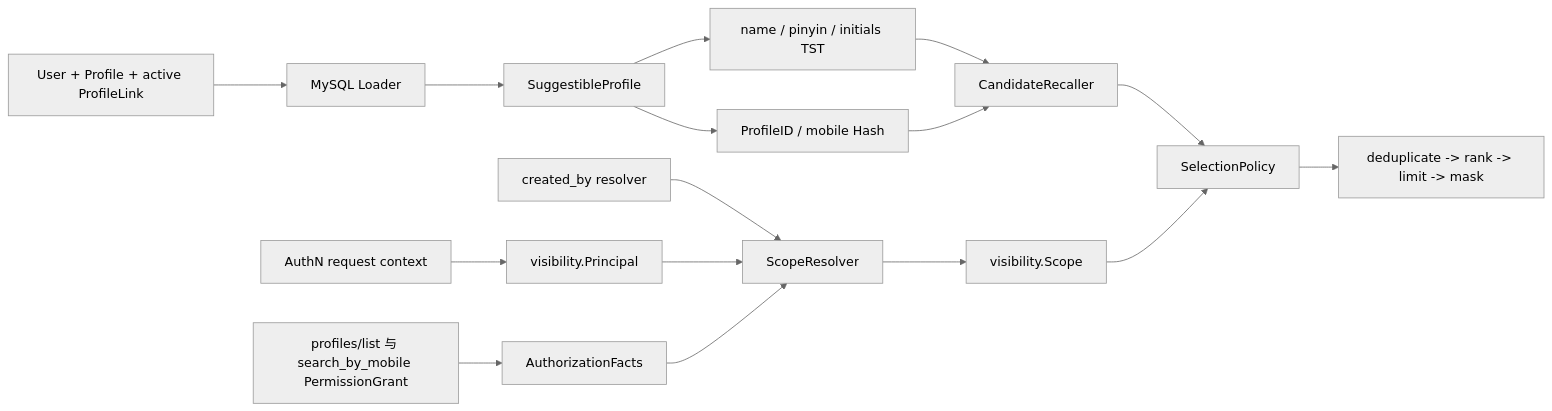
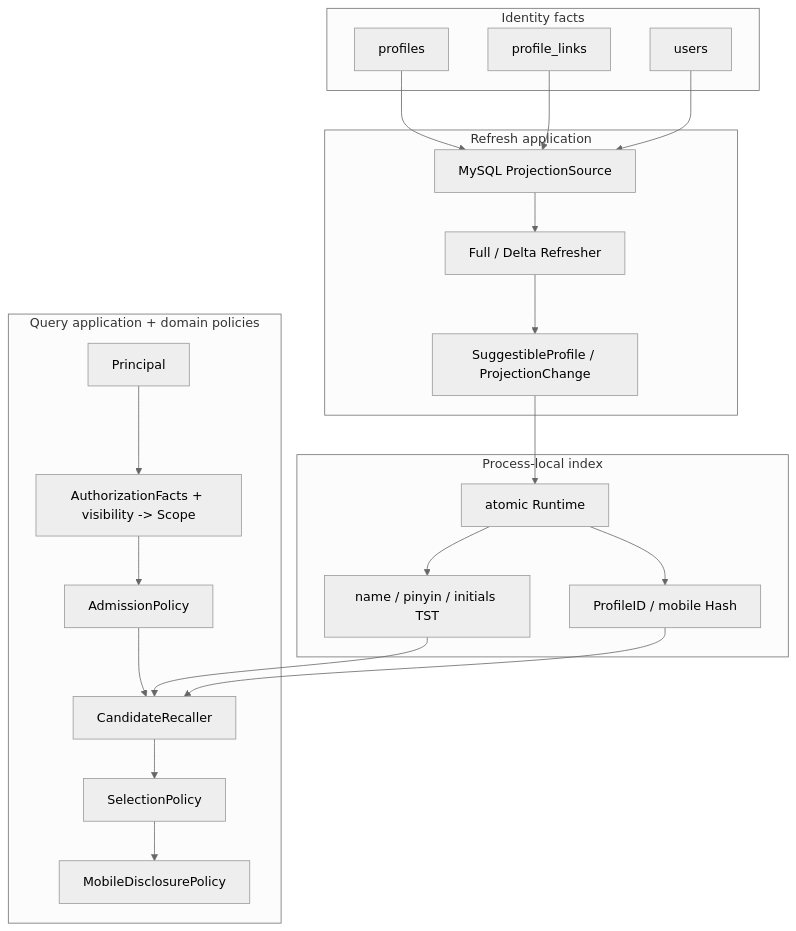
Before and after one commit to FangcunMount/iam: the diagram in docs/02-业务模块/05-Suggest/00-模块总览.md, drawn with Mermaid (neutral theme). The commit also changed other lines of this file and 5 other files, not shown here.

Commit message:
docs(suggest): enhance documentation and clarify architecture

````diff
--- a/docs/02-业务模块/05-Suggest/00-模块总览.md
+++ b/docs/02-业务模块/05-Suggest/00-模块总览.md
@@ -30,18 +44,40 @@
 ```mermaid
-flowchart LR
-    Facts["User + Profile + active ProfileLink"] --> Loader["MySQL Loader"]
-    Loader --> Profile["SuggestibleProfile"]
-    Profile --> TST["name / pinyin / initials TST"]
-    Profile --> Hash["ProfileID / mobile Hash"]
-    JWT["AuthN request context"] --> Principal["visibility.Principal"]
-    AuthZ["profiles/list 与 search_by_mobile PermissionGrant"] --> FactsView["AuthorizationFacts"]
-    Visibility["created_by resolver"] --> Resolver["ScopeResolver"]
-    Principal --> Resolver
-    FactsView --> Resolver
-    Resolver --> Scope["visibility.Scope"]
-    TST --> Recall["CandidateRecaller"]
+flowchart TB
+    subgraph Identity["Identity facts"]
+        P[profiles]
+        L[profile_links]
+        U[users]
+    end
+
+    subgraph Refresh["Refresh application"]
+        Loader["MySQL ProjectionSource"]
+        Refresher["Full / Delta Refresher"]
+        Change["SuggestibleProfile / ProjectionChange"]
+    end
+
+    subgraph Index["Process-local index"]
+        Runtime["atomic Runtime"]
+        TST["name / pinyin / initials TST"]
+        Hash["ProfileID / mobile Hash"]
+    end
+
+    subgraph Query["Query application + domain policies"]
+        Principal["Principal"]
+        Scope["AuthorizationFacts + visibility -> Scope"]
+        Admission["AdmissionPolicy"]
+        Recall["CandidateRecaller"]
+        Selection["SelectionPolicy"]
+        Disclosure["MobileDisclosurePolicy"]
+    end
+
+    P --> Loader
+    L --> Loader
+    U --> Loader
+    Loader --> Refresher --> Change --> Runtime
+    Runtime --> TST
+    Runtime --> Hash
+    Principal --> Scope --> Admission --> Recall
+    TST --> Recall
     Hash --> Recall
-    Recall --> Select["SelectionPolicy"]
-    Scope --> Select
-    Select --> Result["deduplicate -> rank -> limit -> mask"]
+    Recall --> Selection --> Disclosure
 ```
````
